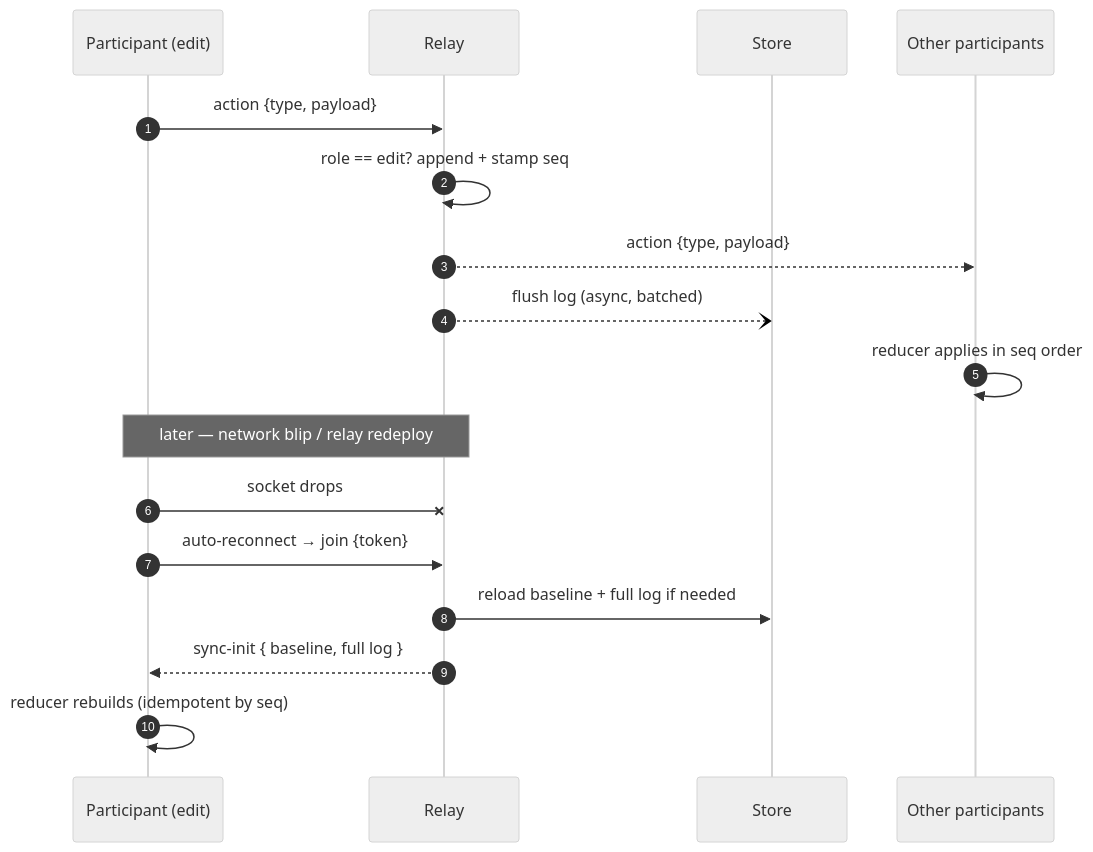
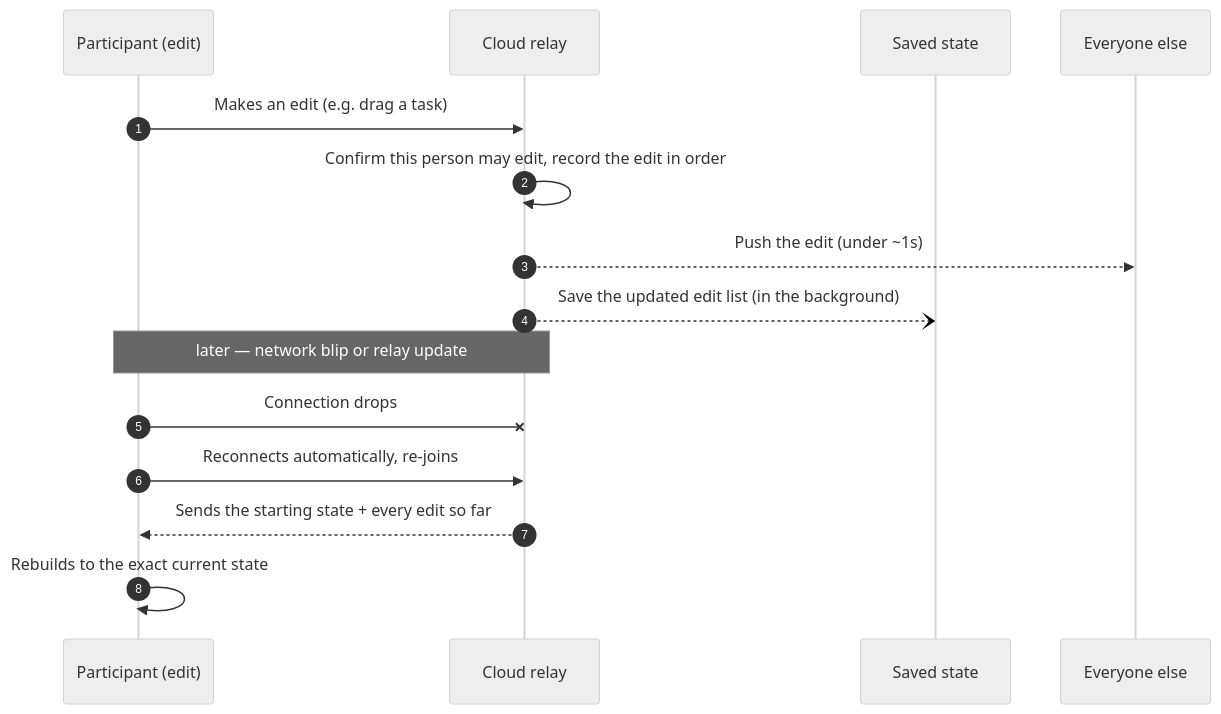
Before and after one commit to WhiTeXCharGe/TF_Testing: the sixth of 9 diagrams in GanttChartEditor/GanttChartEditor_OnlineCollabAzure_Presentation20260904.md, drawn with Mermaid (neutral theme). The commit also changed other lines of this file and 1 other file, not shown here.

````diff
--- a/GanttChartEditor/GanttChartEditor_OnlineCollabAzure_Presentation20260904.md
+++ b/GanttChartEditor/GanttChartEditor_OnlineCollabAzure_Presentation20260904.md
@@ -166,21 +158,19 @@
 ```mermaid
 sequenceDiagram
   autonumber
   participant P as Participant (edit)
-  participant R as Relay
-  participant BL as Store
-  participant O as Other participants
+  participant R as Cloud relay
+  participant ST as Saved state
+  participant O as Everyone else
 
-  P->>R: action {type, payload}
-  R->>R: role == edit? append + stamp seq
-  R-->>O: action {type, payload}
-  R--)BL: flush log (async, batched)
-  O->>O: reducer applies in seq order
+  P->>R: Makes an edit (e.g. drag a task)
+  R->>R: Confirm this person may edit, record the edit in order
+  R-->>O: Push the edit (under ~1s)
+  R--)ST: Save the updated edit list (in the background)
 
-  Note over P,R: later — network blip / relay redeploy
-  P-xR: socket drops
-  P->>R: auto-reconnect → join {token}
-  R->>BL: reload baseline + full log if needed
-  R-->>P: sync-init { baseline, full log }
-  P->>P: reducer rebuilds (idempotent by seq)
+  Note over P,R: later — network blip or relay update
+  P-xR: Connection drops
+  P->>R: Reconnects automatically, re-joins
+  R-->>P: Sends the starting state + every edit so far
+  P->>P: Rebuilds to the exact current state
 ```
````
